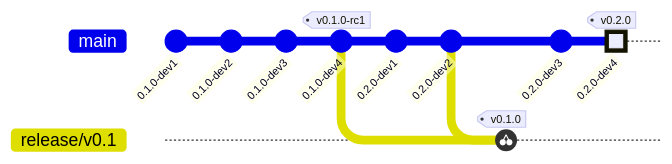
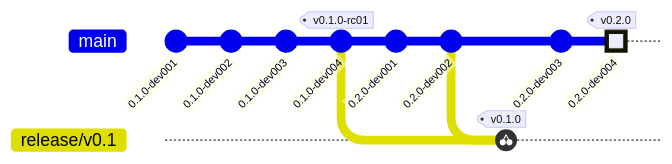
One commit to tomtom-international/commisery-action changed diagram 13 of 14 in docs/sdk-versioning.md. Above: the diagram before and after it, drawn with Mermaid. The commit also changed other lines of this file, not shown here.

````diff
--- a/docs/sdk-versioning.md
+++ b/docs/sdk-versioning.md
@@ -538,16 +538,16 @@
 ```mermaid
 gitGraph
-  commit id: "0.1.0-dev1"
-  commit id: "0.1.0-dev2"
-  commit id: "0.1.0-dev3"
-  commit id: "0.1.0-dev4" tag: "v0.1.0-rc1"
+  commit id: "0.1.0-dev001"
+  commit id: "0.1.0-dev002"
+  commit id: "0.1.0-dev003"
+  commit id: "0.1.0-dev004" tag: "v0.1.0-rc01"
   branch release/v0.1
   checkout main
-  commit id: "0.2.0-dev1"
-  commit id: "0.2.0-dev2"
+  commit id: "0.2.0-dev001"
+  commit id: "0.2.0-dev002"
   checkout release/v0.1
-  cherry-pick id: "0.2.0-dev2" tag: "v0.1.0"
+  cherry-pick id: "0.2.0-dev002" tag: "v0.1.0"
   checkout main
-  commit id: "0.2.0-dev3"
-  commit id: "0.2.0-dev4" tag: "v0.2.0" type: HIGHLIGHT
+  commit id: "0.2.0-dev003"
+  commit id: "0.2.0-dev004" tag: "v0.2.0" type: HIGHLIGHT
 ```
````
